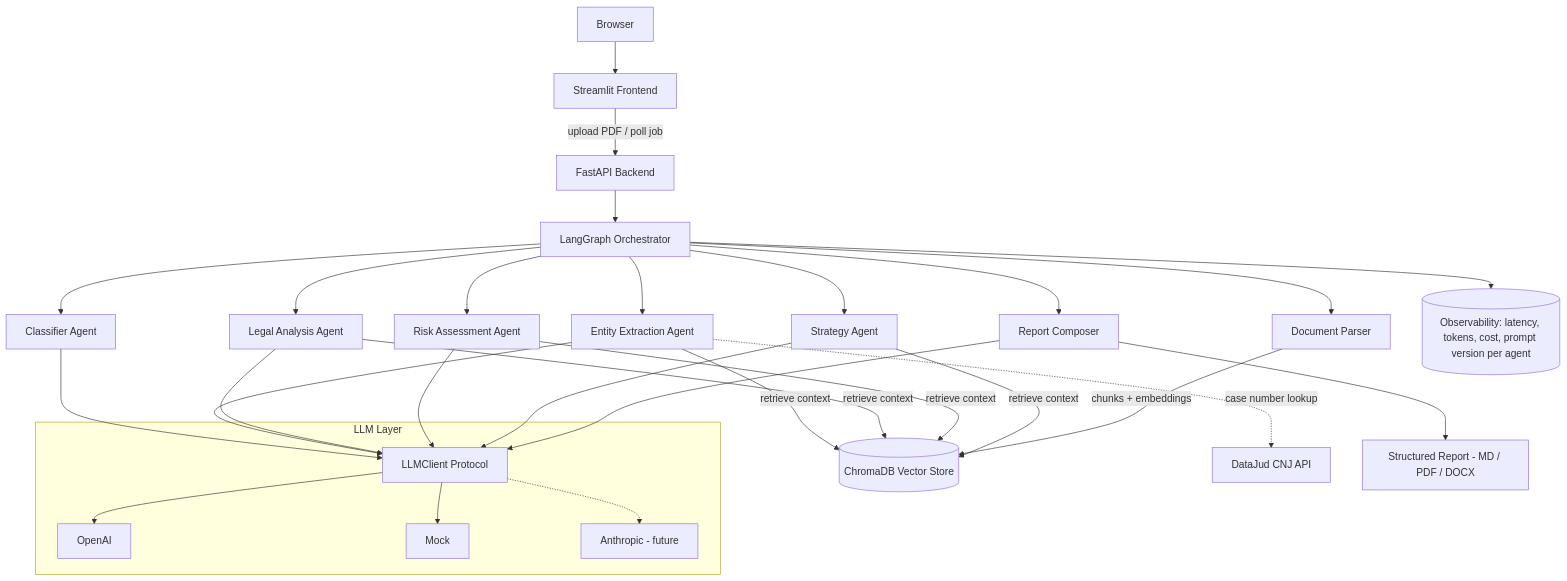
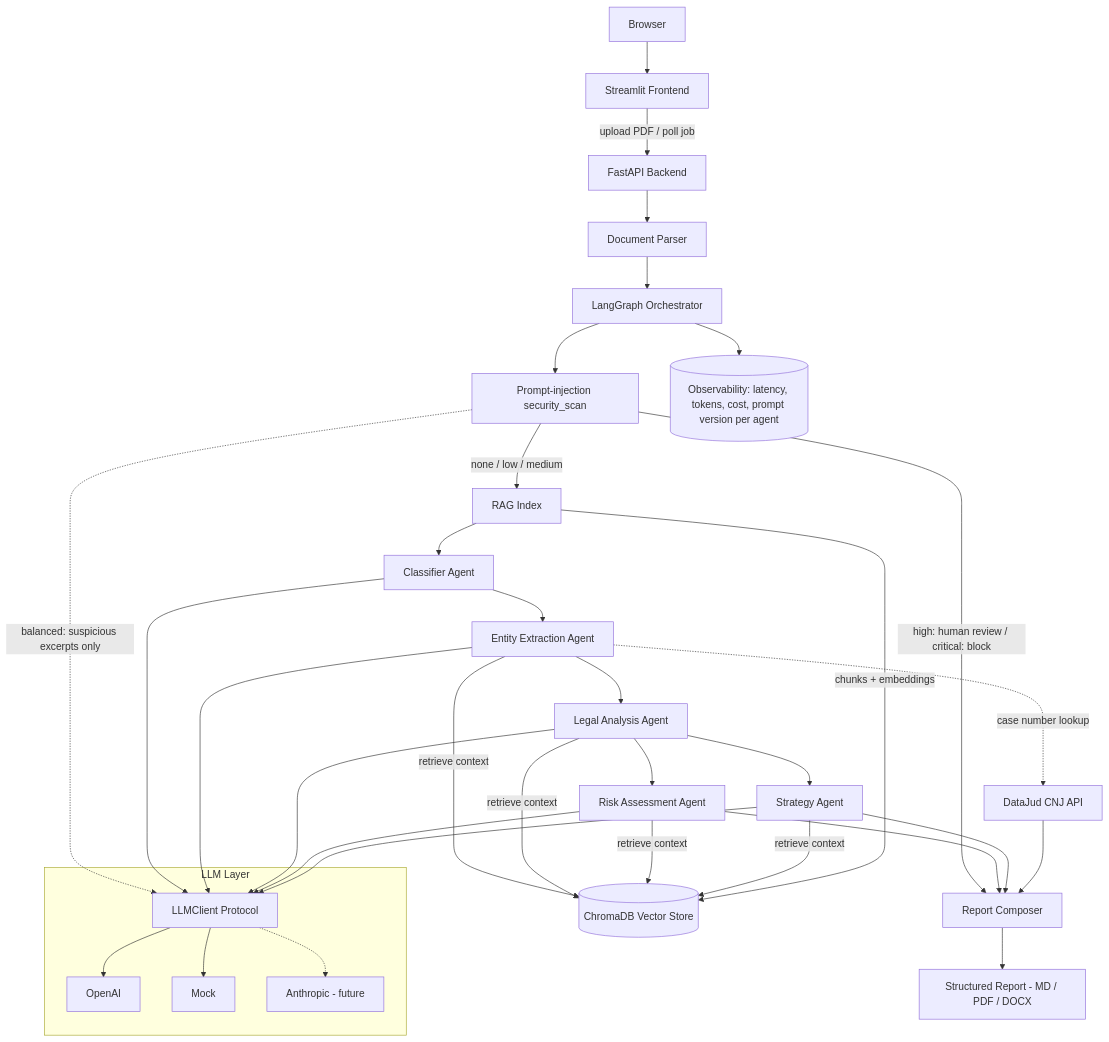
Before and after one commit to el-gabri/enter-poc: the diagram in docs/architecture.md, drawn with Mermaid. The commit also changed other lines of this file and 38 other files, not shown here.

Commit message:
feat(security): add prompt injection detection and document safety gate

````diff
--- a/docs/architecture.md
+++ b/docs/architecture.md
@@ -5,25 +5,30 @@
 ```mermaid
 flowchart TD
     B[Browser] --> F[Streamlit Frontend]
     F -->|upload PDF / poll job| A[FastAPI Backend]
-    A --> O[LangGraph Orchestrator]
-    O --> P[Document Parser]
-    O --> C[Classifier Agent]
-    O --> E[Entity Extraction Agent]
-    O --> L[Legal Analysis Agent]
-    O --> R[Risk Assessment Agent]
-    O --> S[Strategy Agent]
-    O --> G[Report Composer]
+    A --> P[Document Parser]
+    P --> O[LangGraph Orchestrator]
+    O --> PI[Prompt-injection security_scan]
+    PI -->|none / low / medium| I[RAG Index]
+    PI -->|high: human review / critical: block| G[Report Composer]
+    I --> C[Classifier Agent]
+    C --> E[Entity Extraction Agent]
+    E --> L[Legal Analysis Agent]
+    L --> R[Risk Assessment Agent]
+    L --> S[Strategy Agent]
+    R & S --> G
     E & L & R & S -->|retrieve context| RAG[(ChromaDB Vector Store)]
-    P -->|chunks + embeddings| RAG
+    I -->|chunks + embeddings| RAG
     E -.->|case number lookup| DJ[DataJud CNJ API]
+    DJ --> G
     subgraph LLM Layer
         LC[LLMClient Protocol]
         LC --> OAI[OpenAI]
         LC --> MOCK[Mock]
         LC -.-> ANT[Anthropic - future]
     end
-    C & E & L & R & S & G --> LC
+    PI -.->|balanced: suspicious excerpts only| LC
+    C & E & L & R & S --> LC
     G --> REP[Structured Report - MD / PDF / DOCX]
     O --> OBS[(Observability: latency, tokens, cost, prompt version per agent)]
 ```
````
